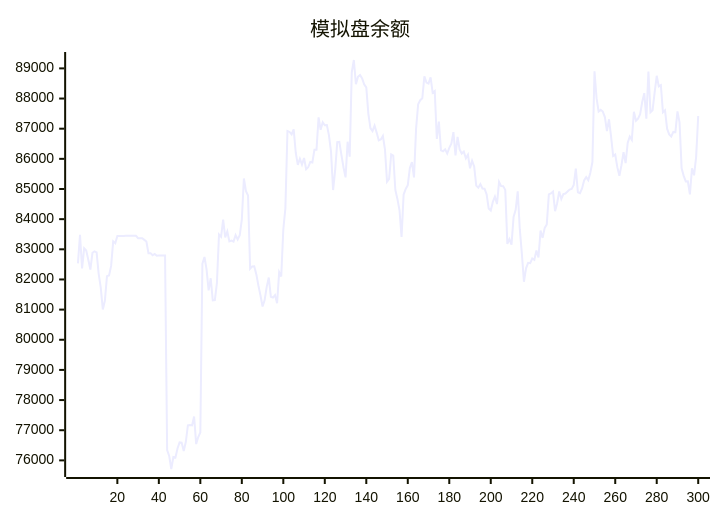
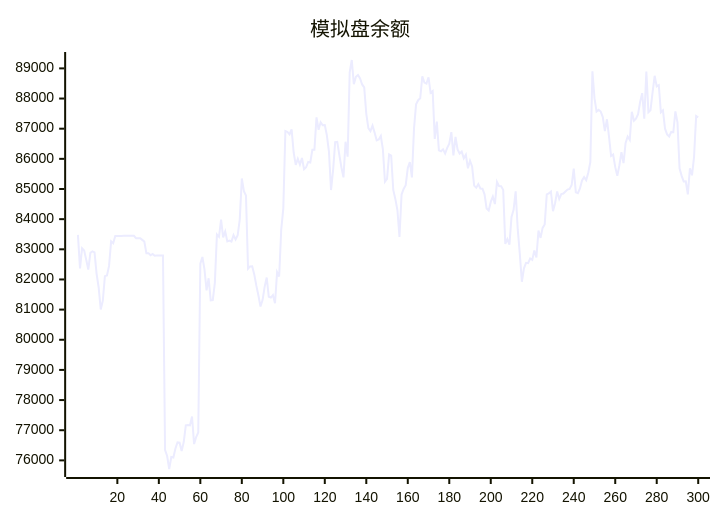
The diagram in README.md (aahl/ai-trading), drawn with Mermaid before and after one commit. The commit also changed other lines of this file and 1 other file, not shown here.

````diff
--- a/README.md
+++ b/README.md
@@ -5,5 +5,5 @@
 ```mermaid
 xychart
     title "模拟盘余额"
-    line [82533,83480,82366,83032,82960,82654,82330,82883,82934,82901,82188,81728,81005,81298,82110,82135,82449,83264,83203,83440,83439,83440,83440,83446,83447,83448,83447,83448,83449,83369,83369,83369,83313,83256,82872,82873,82801,82844,82785,82791,82791,82793,82794,76339,76145,75714,76110,76096,76397,76594,76585,76310,76607,77160,77170,77160,77456,76541,76774,76927,82520,82744,82337,81639,82040,81307,81314,81887,83490,83414,83984,83396,83594,83261,83287,83253,83470,83327,83465,83987,85348,84930,84786,82355,82433,82438,82167,81795,81466,81105,81315,81756,82064,81426,81398,81481,81210,82242,82099,83658,84359,86925,86892,86814,86980,86203,85802,86003,85811,86028,85657,85721,85896,85880,86300,86299,87378,86965,87214,87115,87118,86780,86238,84966,85623,86555,86562,86129,85722,85387,86569,86070,88870,89278,88477,88720,88781,88668,88467,88372,87493,87018,86917,87102,86870,86613,86644,86758,86317,85242,85334,86149,86106,84968,84671,84302,83410,84816,85001,85127,85693,85891,85384,87001,87811,87945,88007,88734,88528,88495,88705,88189,88248,86662,87234,86279,86251,86314,86177,86364,86503,86886,86114,86731,86310,86176,86240,86017,86136,85685,85938,85749,85111,85044,85164,85016,85008,84824,84354,84287,84572,84745,84500,85234,85096,85095,84970,83180,83338,83157,84070,84309,84922,83667,82850,81924,82369,82552,82539,82695,82648,82962,82728,83619,83378,83710,83825,84819,84854,84917,84265,84527,84919,84668,84834,84850,84916,84981,85004,85131,85674,84891,84864,85019,85284,85393,85294,85538,85894,88904,88012,87567,87625,87568,87386,86920,87313,86737,86094,86143,85725,85437,85787,86219,85859,86526,86740,86630,87563,87264,87335,87483,87886,88180,87335,88894,87544,87608,88207,88755,88401,88444,87543,87608,87000,86810,86740,86894,86884,87576,87209,85686,85435,85251,85255,84820,85689,85453,86066,87420]
+    line [83480,82366,83032,82960,82654,82330,82883,82934,82901,82188,81728,81005,81298,82110,82135,82449,83264,83203,83440,83439,83440,83440,83446,83447,83448,83447,83448,83449,83369,83369,83369,83313,83256,82872,82873,82801,82844,82785,82791,82791,82793,82794,76339,76145,75714,76110,76096,76397,76594,76585,76310,76607,77160,77170,77160,77456,76541,76774,76927,82520,82744,82337,81639,82040,81307,81314,81887,83490,83414,83984,83396,83594,83261,83287,83253,83470,83327,83465,83987,85348,84930,84786,82355,82433,82438,82167,81795,81466,81105,81315,81756,82064,81426,81398,81481,81210,82242,82099,83658,84359,86925,86892,86814,86980,86203,85802,86003,85811,86028,85657,85721,85896,85880,86300,86299,87378,86965,87214,87115,87118,86780,86238,84966,85623,86555,86562,86129,85722,85387,86569,86070,88870,89278,88477,88720,88781,88668,88467,88372,87493,87018,86917,87102,86870,86613,86644,86758,86317,85242,85334,86149,86106,84968,84671,84302,83410,84816,85001,85127,85693,85891,85384,87001,87811,87945,88007,88734,88528,88495,88705,88189,88248,86662,87234,86279,86251,86314,86177,86364,86503,86886,86114,86731,86310,86176,86240,86017,86136,85685,85938,85749,85111,85044,85164,85016,85008,84824,84354,84287,84572,84745,84500,85234,85096,85095,84970,83180,83338,83157,84070,84309,84922,83667,82850,81924,82369,82552,82539,82695,82648,82962,82728,83619,83378,83710,83825,84819,84854,84917,84265,84527,84919,84668,84834,84850,84916,84981,85004,85131,85674,84891,84864,85019,85284,85393,85294,85538,85894,88904,88012,87567,87625,87568,87386,86920,87313,86737,86094,86143,85725,85437,85787,86219,85859,86526,86740,86630,87563,87264,87335,87483,87886,88180,87335,88894,87544,87608,88207,88755,88401,88444,87543,87608,87000,86810,86740,86894,86884,87576,87209,85686,85435,85251,85255,84820,85689,85453,86066,87420,87373]
 ```
````
